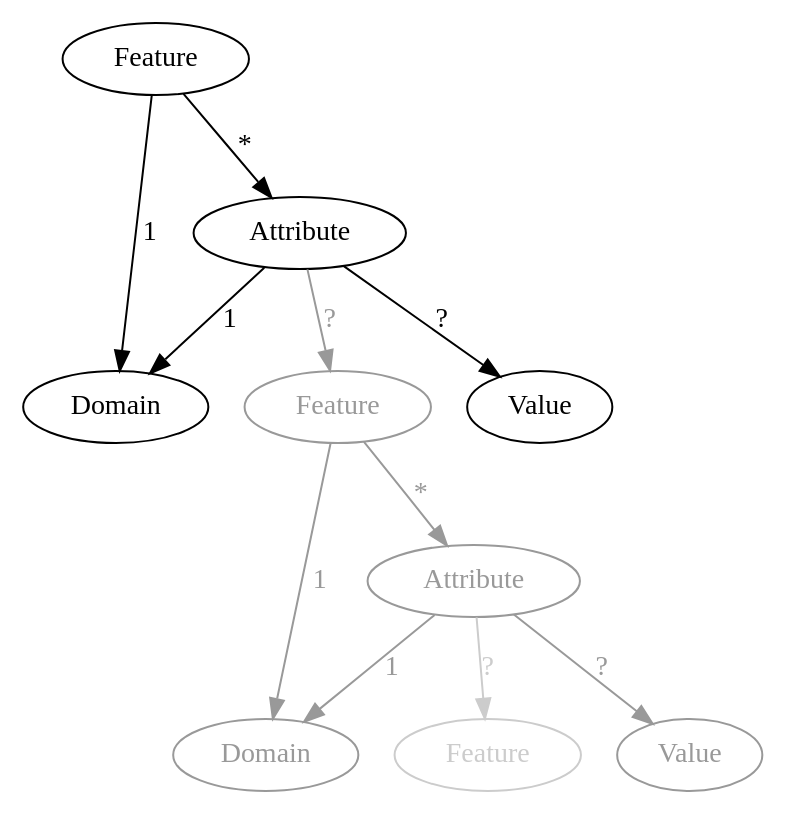
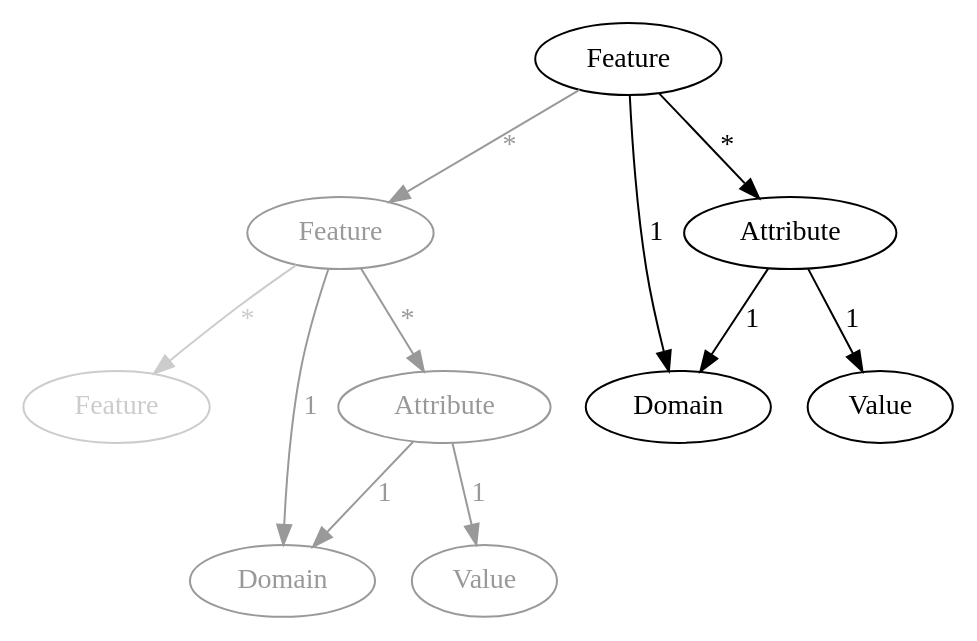
One commit to geoneric/fern changed the first of 3 diagrams in documents/Texts/DataModel/DataModel.rst. Above: the diagram before and after it, drawn with Graphviz. The commit also changed other lines of this file, not shown here.

```diff
--- a/documents/Texts/DataModel/DataModel.rst
+++ b/documents/Texts/DataModel/DataModel.rst
@@ -5,53 +5,53 @@
 .. graphviz::
 
    digraph DataModel {
      feature1[
        label="Feature"
      ]
      feature2[
        label="Feature",
        color="grey60",
        fontcolor="grey60"
      ]
      feature3[
        label="Feature"
        color="grey80",
        fontcolor="grey80"
      ]
      domain1[
        label="Domain"
      ]
      domain2[
        label="Domain"
        color="grey60",
        fontcolor="grey60"
      ]
      attribute1[
        label="Attribute"
      ]
      attribute2[
        label="Attribute"
        color="grey60",
        fontcolor="grey60"
      ]
      value1[
        label="Value"
      ]
      value2[
        label="Value"
        color="grey60",
        fontcolor="grey60"
      ]
 
      feature1 -> domain1 [label="1"];
      feature1 -> attribute1 [label="*"];
+     feature1 -> feature2 [label="*", color="grey60", fontcolor="grey60"];
      attribute1 -> domain1 [label="1"];
-     attribute1 -> feature2 [label="?", color="grey60", fontcolor="grey60"];
-     attribute1 -> value1 [label="?"];
+     attribute1 -> value1 [label="1"];
 
      feature2 -> domain2 [label="1", color="grey60", fontcolor="grey60"];
      feature2 -> attribute2 [label="*", color="grey60", fontcolor="grey60"];
+     feature2 -> feature3 [label="*", color="grey80", fontcolor="grey80"];
      attribute2 -> domain2 [label="1", color="grey60", fontcolor="grey60"];
-     attribute2 -> feature3 [label="?", color="grey80", fontcolor="grey80"];
-     attribute2 -> value2 [label="?", color="grey60", fontcolor="grey60"];
+     attribute2 -> value2 [label="1", color="grey60", fontcolor="grey60"];
   }
```
